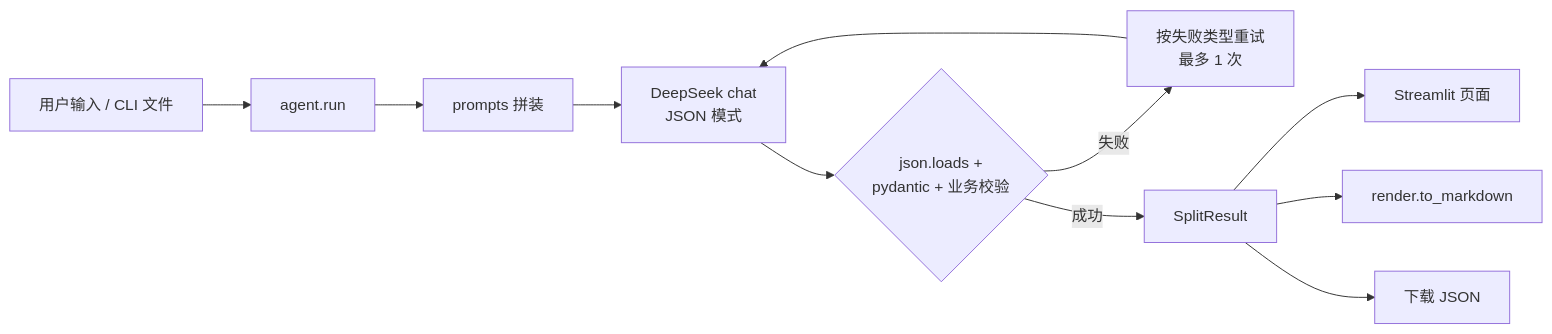
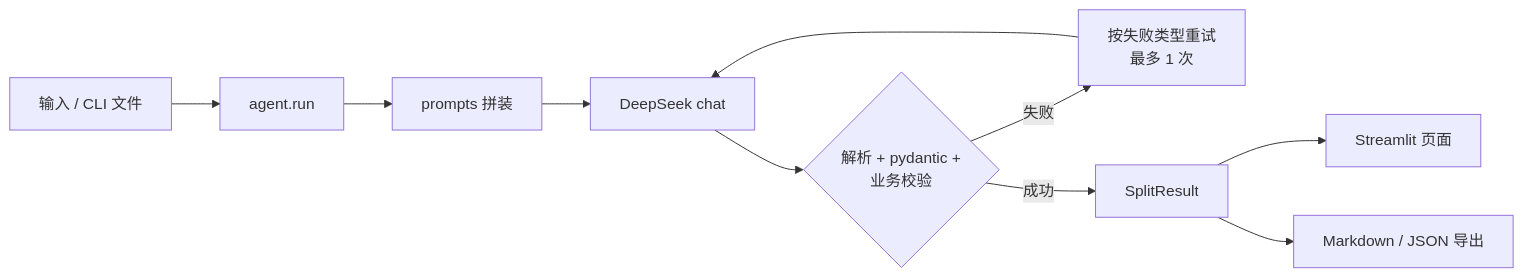
The diagram in README.md (zzhqqa478850-lang/dev-task-splitter), drawn with Mermaid before and after one commit. The commit also changed other lines of this file, not shown here.

````diff
--- a/README.md
+++ b/README.md
@@ -65,13 +97,12 @@
 ```mermaid
 flowchart LR
-    U[用户输入 / CLI 文件] --> A[agent.run]
+    U[输入 / CLI 文件] --> A[agent.run]
     A --> P[prompts 拼装]
-    P --> L[DeepSeek chat<br/>JSON 模式]
-    L --> V{json.loads +<br/>pydantic + 业务校验}
+    P --> L[DeepSeek chat]
+    L --> V{解析 + pydantic +<br/>业务校验}
     V -- 失败 --> R[按失败类型重试<br/>最多 1 次]
     R --> L
     V -- 成功 --> S[SplitResult]
     S --> UI[Streamlit 页面]
-    S --> MD[render.to_markdown]
-    S --> JSON[下载 JSON]
+    S --> MD[Markdown / JSON 导出]
 ```
````
